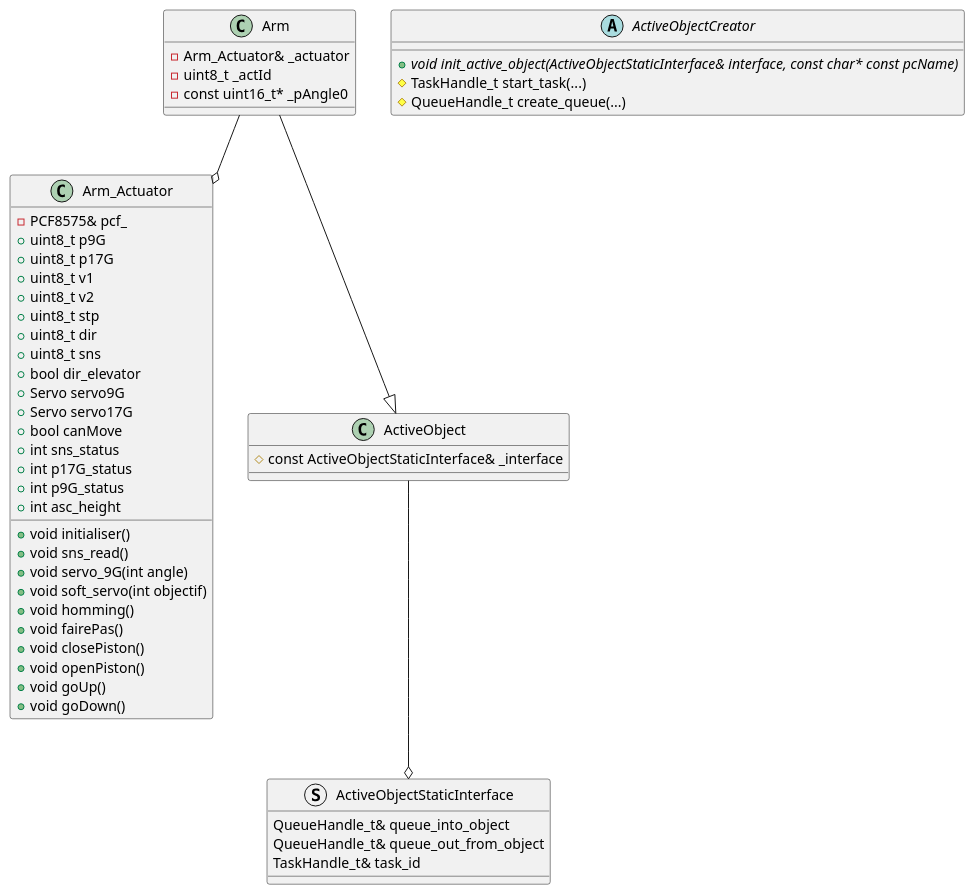
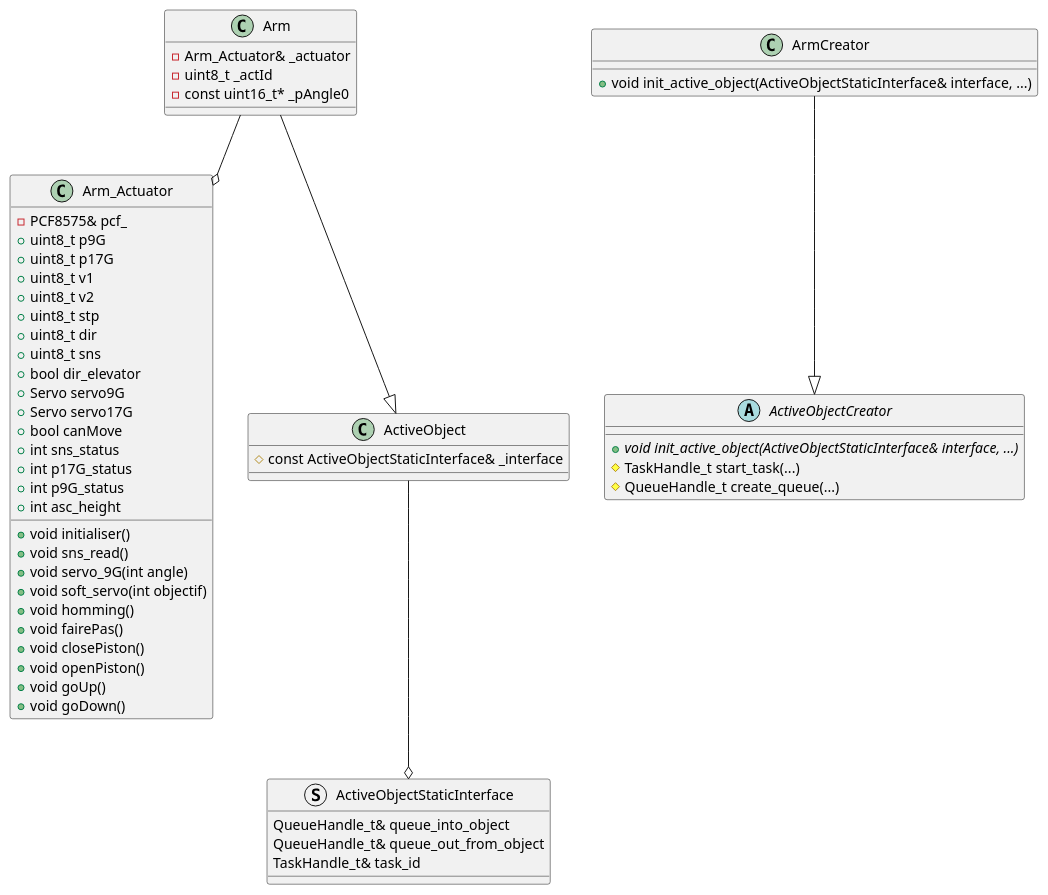
The diagram in embedded/docs/arch.puml (eirbot/stk_robot), drawn with PlantUML before and after one commit. The commit also changed 6 other files, not shown here.

Commit message:
fix: arm creator

```diff
--- a/embedded/docs/arch.puml
+++ b/embedded/docs/arch.puml
@@ -1,60 +1,65 @@
 @startuml
 class Arm_Actuator {
 	+ void initialiser()
 	+ void sns_read()
 	+ void servo_9G(int angle)
 	+ void soft_servo(int objectif)
 	+ void homming()
 	+ void fairePas()
 	+ void closePiston()
 	+ void openPiston()
 	+ void goUp()
 	+ void goDown()
 
 	- PCF8575& pcf_
 	+ uint8_t p9G
 	+ uint8_t p17G
 	+ uint8_t v1
 	+ uint8_t v2
 	+ uint8_t stp
 	+ uint8_t dir
 	+ uint8_t sns
 	+ bool dir_elevator
 	+ Servo servo9G
 	+ Servo servo17G
 	+ bool canMove
 	+ int sns_status
 	+ int p17G_status
 	+ int p9G_status
 	+ int asc_height
 }
 
 struct ActiveObjectStaticInterface {
 	QueueHandle_t& queue_into_object
 	QueueHandle_t& queue_out_from_object
 	TaskHandle_t& task_id
 }
 
 class ActiveObject {
 	# const ActiveObjectStaticInterface& _interface
 }
 
 ActiveObject --o ActiveObjectStaticInterface
 
 class Arm {
 	- Arm_Actuator& _actuator
 	- uint8_t _actId
 	- const uint16_t* _pAngle0
 }
 
 Arm --o Arm_Actuator
 
 Arm --|> ActiveObject
 
 abstract class ActiveObjectCreator {
-    + {abstract} void init_active_object(ActiveObjectStaticInterface& interface, const char* const pcName) 
+    + {abstract} void init_active_object(ActiveObjectStaticInterface& interface, ...) 
 	# TaskHandle_t start_task(...)
 	# QueueHandle_t create_queue(...)
 }
 
+class ArmCreator {
+    + void init_active_object(ActiveObjectStaticInterface& interface, ...) 
+}
+ArmCreator --|> ActiveObjectCreator
+
 @enduml
```
